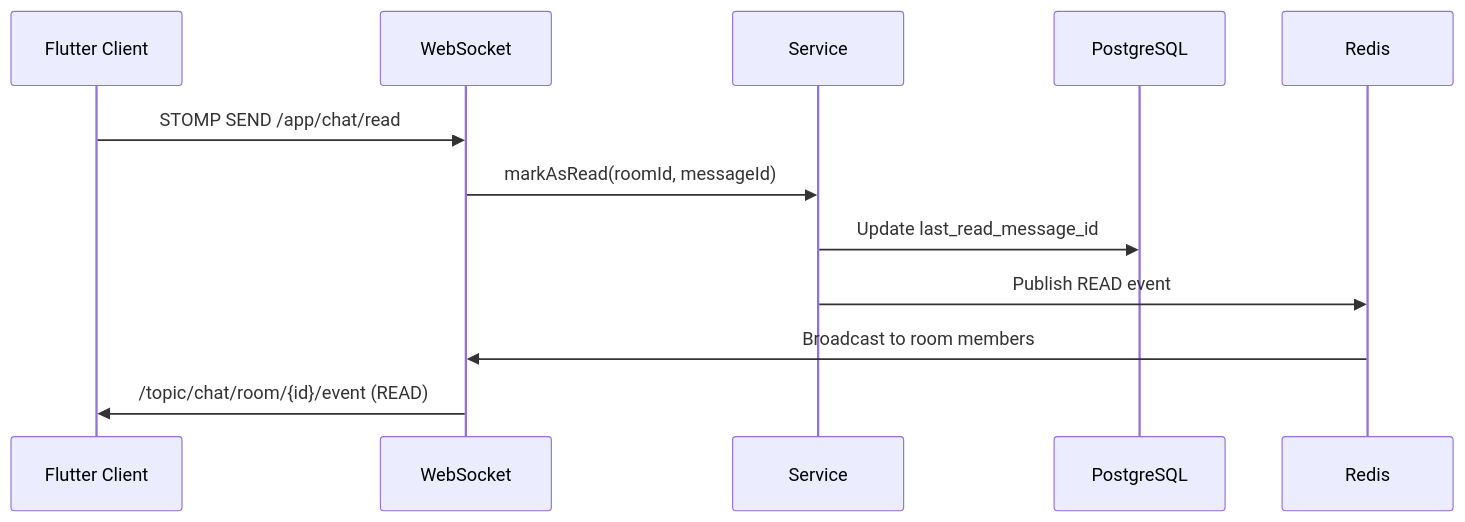
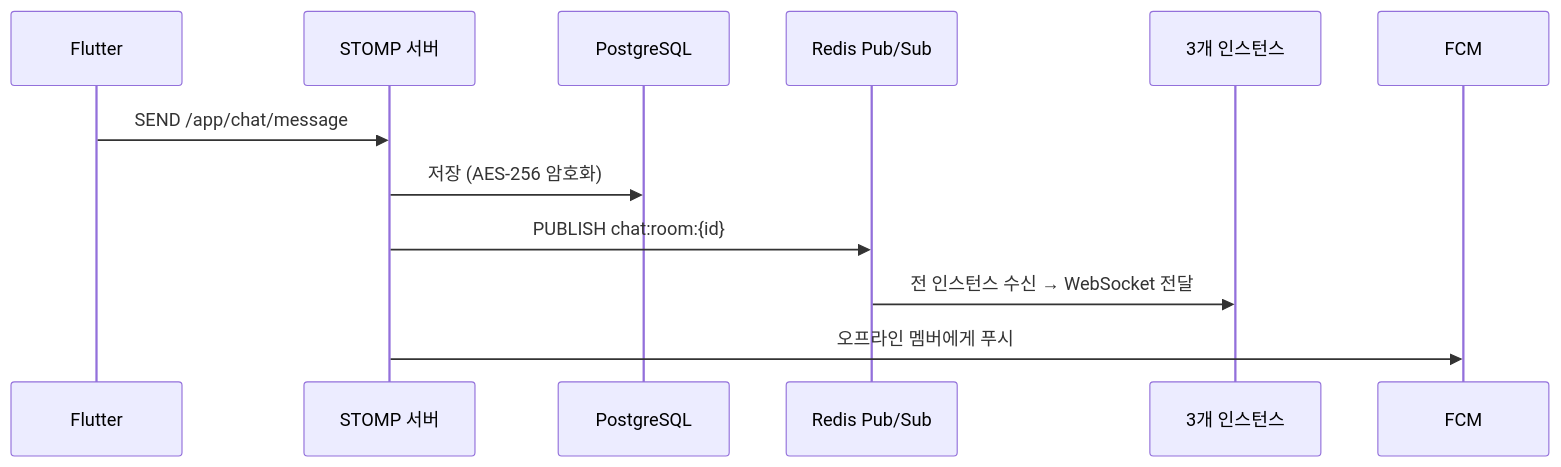
One commit to with-co-talk/co-talk-docs changed the diagram in architecture/api.md. Above: the diagram before and after it, drawn with Mermaid. The commit also changed other lines of this file and 4 other files, not shown here.

````diff
--- a/architecture/api.md
+++ b/architecture/api.md
@@ -273,15 +132,15 @@
 ```mermaid
 sequenceDiagram
-    participant Flutter as Flutter Client
-    participant WS as WebSocket
-    participant Svc as Service
+    participant C as Flutter
+    participant WS as STOMP 서버
     participant DB as PostgreSQL
-    participant Redis as Redis
+    participant R as Redis Pub/Sub
+    participant All as 3개 인스턴스
+    participant FCM as FCM
 
-    Flutter->>WS: STOMP SEND /app/chat/read
-    WS->>Svc: markAsRead(roomId, messageId)
-    Svc->>DB: Update last_read_message_id
-    Svc->>Redis: Publish READ event
-    Redis->>WS: Broadcast to room members
-    WS->>Flutter: /topic/chat/room/{id}/event (READ)
+    C->>WS: SEND /app/chat/message
+    WS->>DB: 저장 (AES-256 암호화)
+    WS->>R: PUBLISH chat:room:{id}
+    R->>All: 전 인스턴스 수신 → WebSocket 전달
+    WS->>FCM: 오프라인 멤버에게 푸시
 ```
````
